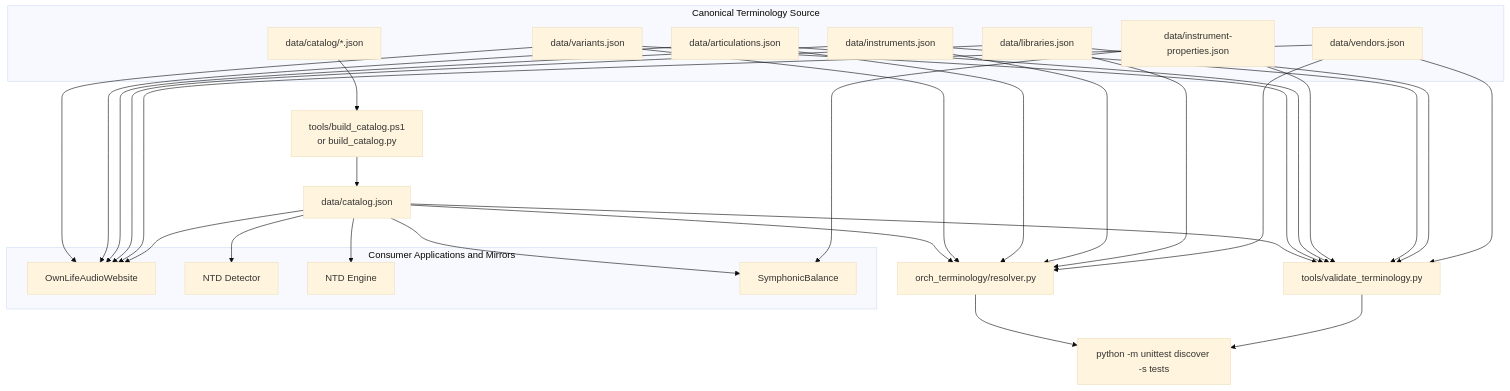
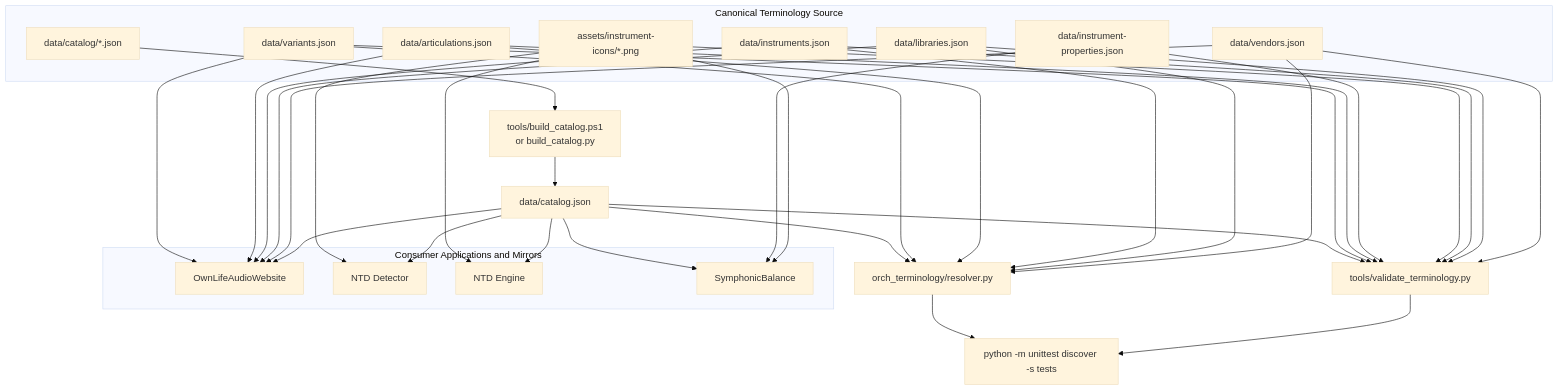
The diagram in README.md (ownlifeworks/orch-terminology), drawn with Mermaid (base theme) before and after one commit. The commit also changed other lines of this file and 120 other files, not shown here.

````diff
--- a/README.md
+++ b/README.md
@@ -20,55 +21,60 @@
 ```mermaid
 flowchart TD
     subgraph Canonical["Canonical Terminology Source"]
         Vendors["data/vendors.json"]
         Libraries["data/libraries.json"]
         Instruments["data/instruments.json"]
+        InstrumentIcons["assets/instrument-icons/*.png"]
         InstrumentProps["data/instrument-properties.json"]
         Articulations["data/articulations.json"]
         Variants["data/variants.json"]
         CatalogSources["data/catalog/*.json"]
     end
 
     Build["tools/build_catalog.ps1<br/>or build_catalog.py"]
     Aggregate["data/catalog.json"]
     Validate["tools/validate_terminology.py"]
     Resolver["orch_terminology/resolver.py"]
     Tests["python -m unittest discover -s tests"]
 
     subgraph Consumers["Consumer Applications and Mirrors"]
         Website["OwnLifeAudioWebsite"]
         Detector["NTD Detector"]
         Engine["NTD Engine"]
         SymphonicBalance["SymphonicBalance"]
     end
 
     CatalogSources --> Build --> Aggregate
     Vendors --> Validate
     Libraries --> Validate
     Instruments --> Validate
+    InstrumentIcons --> Validate
     InstrumentProps --> Validate
     Articulations --> Validate
     Variants --> Validate
     Aggregate --> Validate
 
     Vendors --> Resolver
     Libraries --> Resolver
     Instruments --> Resolver
     Articulations --> Resolver
     Variants --> Resolver
     Aggregate --> Resolver
 
     Validate --> Tests
     Resolver --> Tests
 
     Aggregate --> Website
     Aggregate --> Detector
     Aggregate --> Engine
+    InstrumentIcons --> Detector
+    InstrumentIcons --> Engine
+    InstrumentIcons --> SymphonicBalance
     InstrumentProps --> SymphonicBalance
     Aggregate --> SymphonicBalance
     Vendors --> Website
     Libraries --> Website
     Instruments --> Website
     Articulations --> Website
     Variants --> Website
 ```
````
